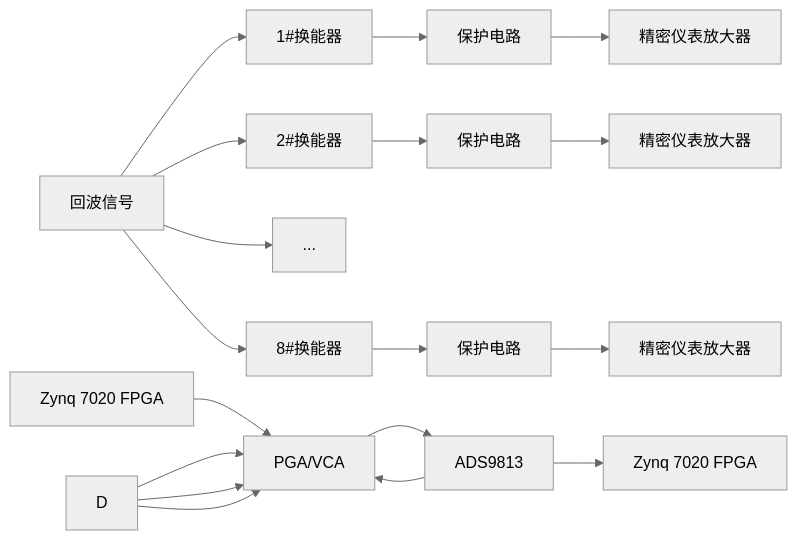
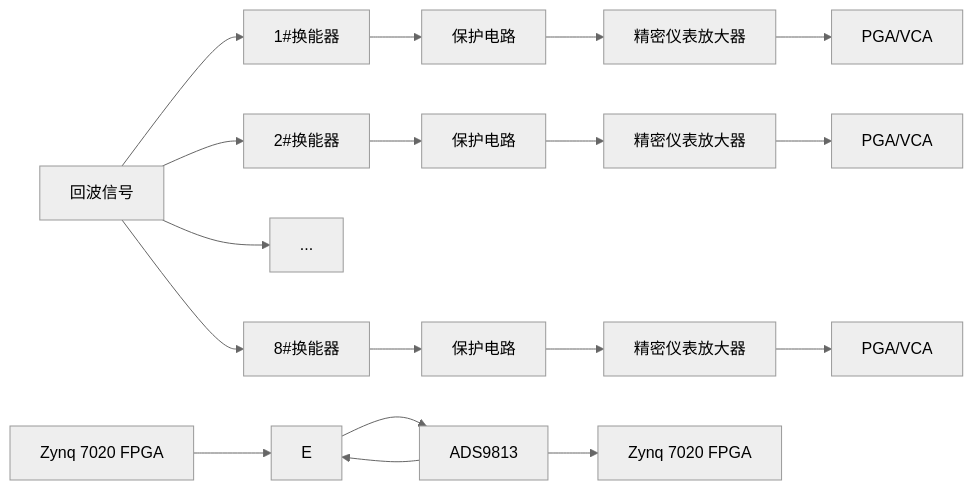
The diagram in all/多通道同步采集-1.md (Rukawa15/iodraw-files), drawn with Mermaid (neutral theme) before and after one commit.

Commit message:
2025-06-19 14:10:50 update

````diff
--- a/all/多通道同步采集-1.md
+++ b/all/多通道同步采集-1.md
@@ -1,22 +1,22 @@
 ```mermaid
 graph LR
 A[回波信号]
 A --> B1[1#换能器]
 A --> B2[2#换能器]
 A --> ...
 A --> B8[8#换能器]
 B1 --> C1[保护电路]
 B2 --> C2[保护电路]
 B8 --> C8[保护电路]
 H[Zynq 7020 FPGA] --> E
 C1 --> D1[精密仪表放大器]
 C2 --> D2[精密仪表放大器] 
 C8 --> D8[精密仪表放大器] 
-D --> E[PGA/VCA]
-D --> E[PGA/VCA] 
-D --> E[PGA/VCA] 
+D1 --> E1[PGA/VCA]
+D2 --> E2[PGA/VCA] 
+D8 --> E8[PGA/VCA] 
 E --> F[ADS9813] 
 F --> G[Zynq 7020 FPGA]
 F --> E
 
 ```
````
